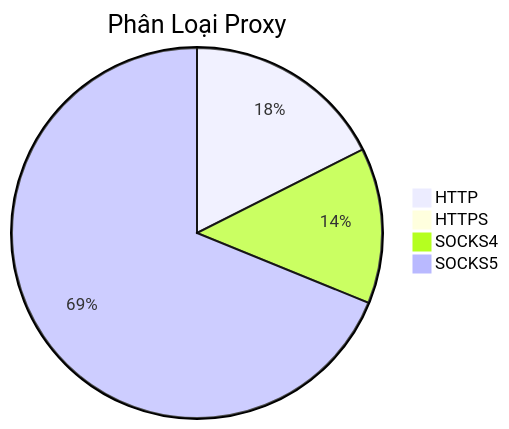
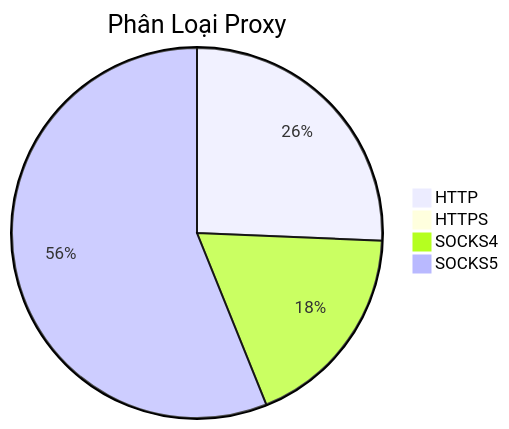
One commit to Ciara-12/PROXY-free changed the diagram in README.md. Above: the diagram before and after it, drawn with Mermaid. The commit also changed other lines of this file and 3 other files, not shown here.

````diff
--- a/README.md
+++ b/README.md
@@ -26,7 +26,7 @@
 ```mermaid
 pie title Phân Loại Proxy
-    "HTTP" : 370
+    "HTTP" : 418
     "HTTPS" : 0
-    "SOCKS4" : 286
-    "SOCKS5" : 1450
+    "SOCKS4" : 297
+    "SOCKS5" : 914
 ```
````
